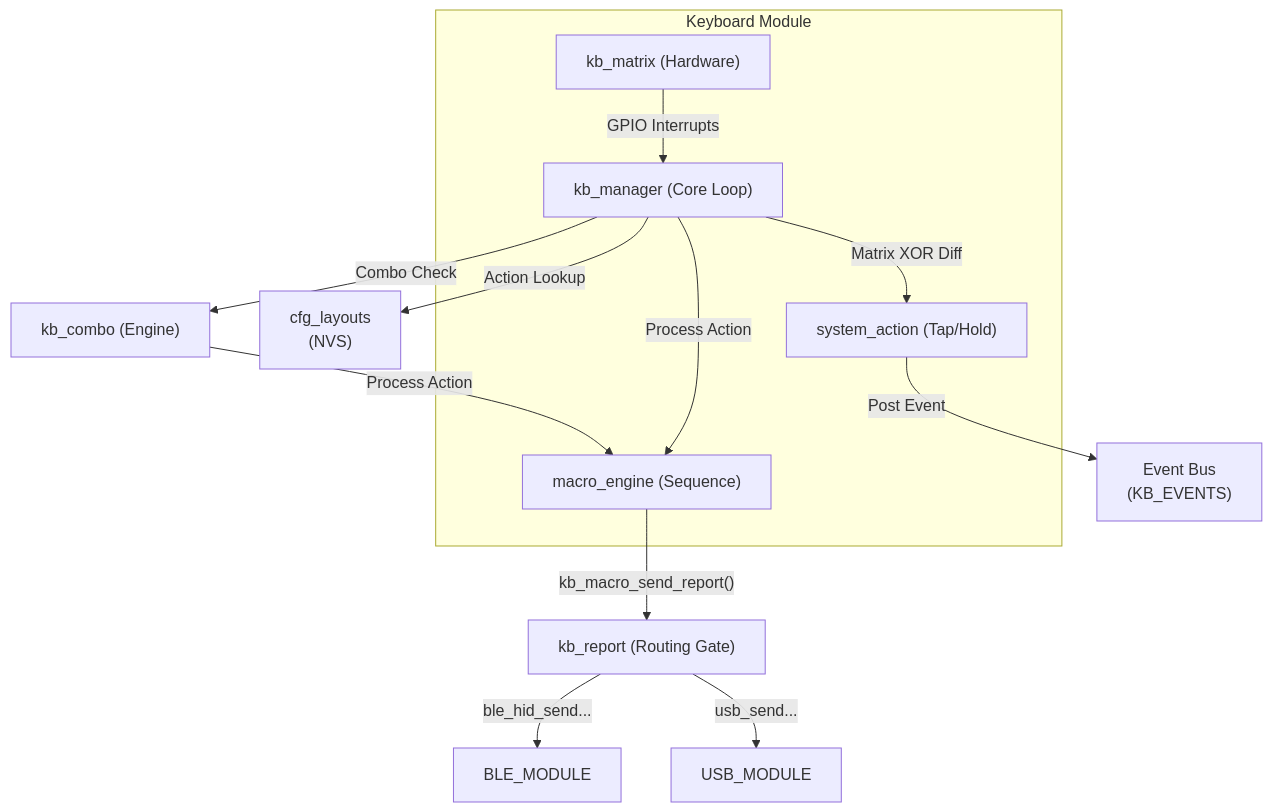
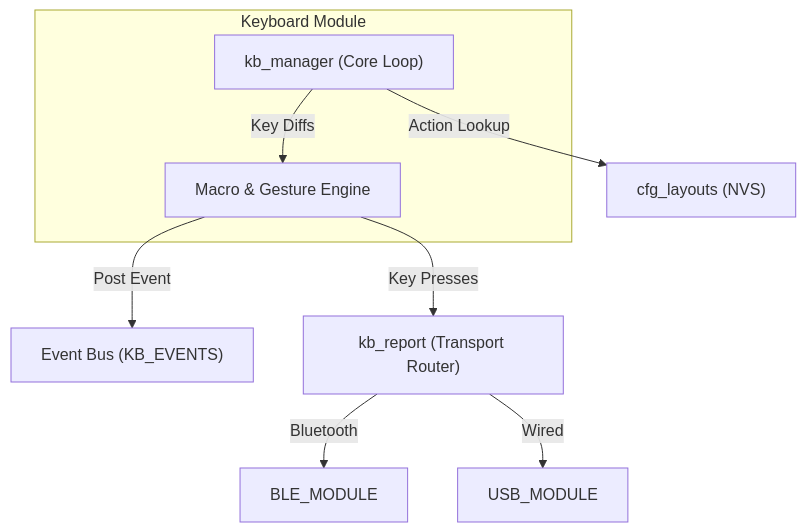
One commit to frentuka/Tecleados-ESP-Firmware changed the diagram in universe/modules/KEYBOARD_MODULE.md. Above: the diagram before and after it, drawn with Mermaid. The commit also changed other lines of this file and 8 other files, not shown here.

````diff
--- a/universe/modules/KEYBOARD_MODULE.md
+++ b/universe/modules/KEYBOARD_MODULE.md
@@ -103,25 +20,20 @@
 ```mermaid
 graph TD
     subgraph keyboard ["Keyboard Module"]
         MGR["kb_manager (Core Loop)"]
-        MACRO["macro_engine (Sequence)"]
-        SYS["system_action (Tap/Hold)"]
-        MATRIX["kb_matrix (Hardware)"]
+        LOGIC["Macro & Gesture Engine"]
     end
 
-    EVENT_BUS["Event Bus<br/>(KB_EVENTS)"]
-    CONFIG["cfg_layouts<br/>(NVS)"]
+    EVENT_BUS["Event Bus (KB_EVENTS)"]
+    CONFIG["cfg_layouts (NVS)"]
+    ROUTER["kb_report (Transport Router)"]
 
-    MATRIX -- "GPIO Interrupts" --> MGR
-    MGR -- "Matrix XOR Diff" --> SYS
-    SYS -- "Post Event" --> EVENT_BUS
     MGR -- "Action Lookup" --> CONFIG
-    MGR -- "Combo Check" --> COMBO["kb_combo (Engine)"]
-    COMBO -- "Process Action" --> MACRO
-    MGR -- "Process Action" --> MACRO
+    MGR -- "Key Diffs" --> LOGIC
+    LOGIC -- "Post Event" --> EVENT_BUS
     
-    MACRO -- "kb_macro_send_report()" --> ROUTER["kb_report (Routing Gate)"]
+    LOGIC -- "Key Presses" --> ROUTER
     
-    ROUTER -- "ble_hid_send..." --> BLE["BLE_MODULE"]
-    ROUTER -- "usb_send..." --> USB["USB_MODULE"]
+    ROUTER -- "Bluetooth" --> BLE["BLE_MODULE"]
+    ROUTER -- "Wired" --> USB["USB_MODULE"]
 ```
````
